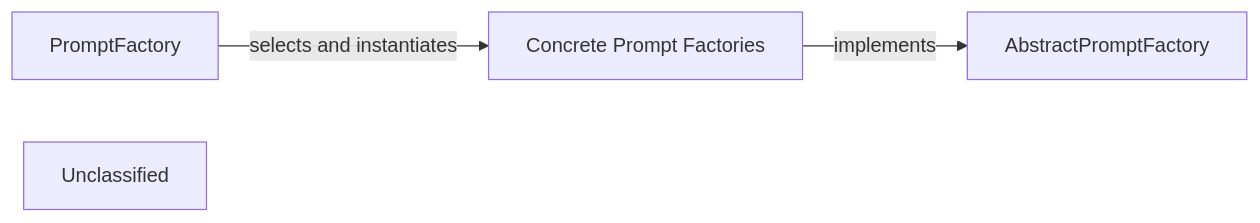
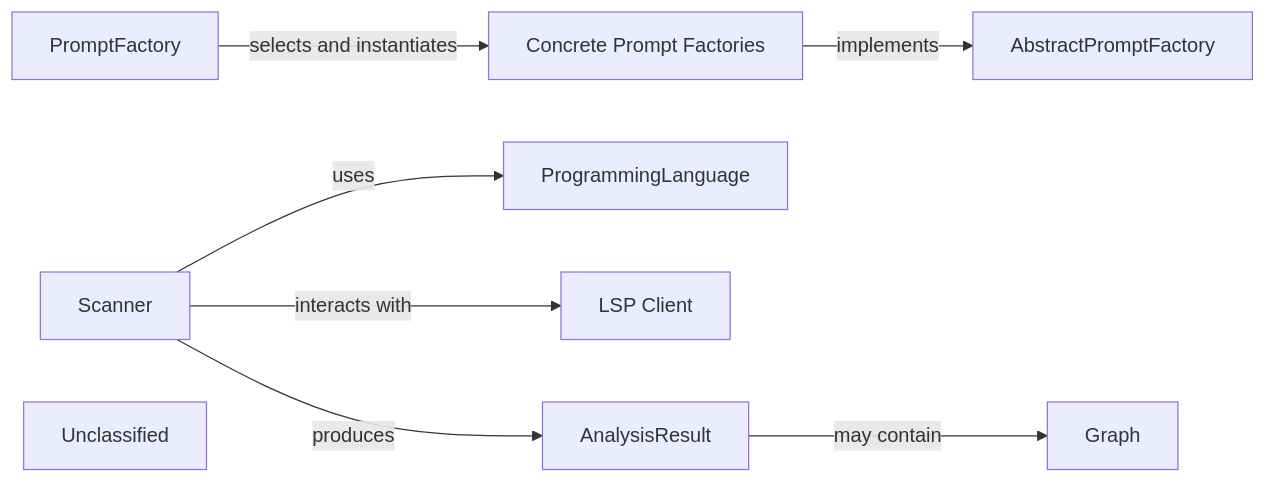
One commit to CodeBoarding/CodeBoarding changed the diagram in .codeboarding/LLM_Prompt_Factory.md. Above: the diagram before and after it, drawn with Mermaid. The commit also changed other lines of this file and 17 other files, not shown here.

First line of the commit message:
docs: update codeboarding documentation and generate architecture

````diff
--- a/.codeboarding/LLM_Prompt_Factory.md
+++ b/.codeboarding/LLM_Prompt_Factory.md
@@ -1,9 +1,18 @@
 ```mermaid
 graph LR
     PromptFactory["PromptFactory"]
     AbstractPromptFactory["AbstractPromptFactory"]
     Concrete_Prompt_Factories["Concrete Prompt Factories"]
+    Scanner["Scanner"]
+    ProgrammingLanguage["ProgrammingLanguage"]
+    LSP_Client["LSP Client"]
+    AnalysisResult["AnalysisResult"]
+    Graph["Graph"]
     Unclassified["Unclassified"]
     PromptFactory -- "selects and instantiates" --> Concrete_Prompt_Factories
     Concrete_Prompt_Factories -- "implements" --> AbstractPromptFactory
+    Scanner -- "uses" --> ProgrammingLanguage
+    Scanner -- "interacts with" --> LSP_Client
+    Scanner -- "produces" --> AnalysisResult
+    AnalysisResult -- "may contain" --> Graph
 ```
````
